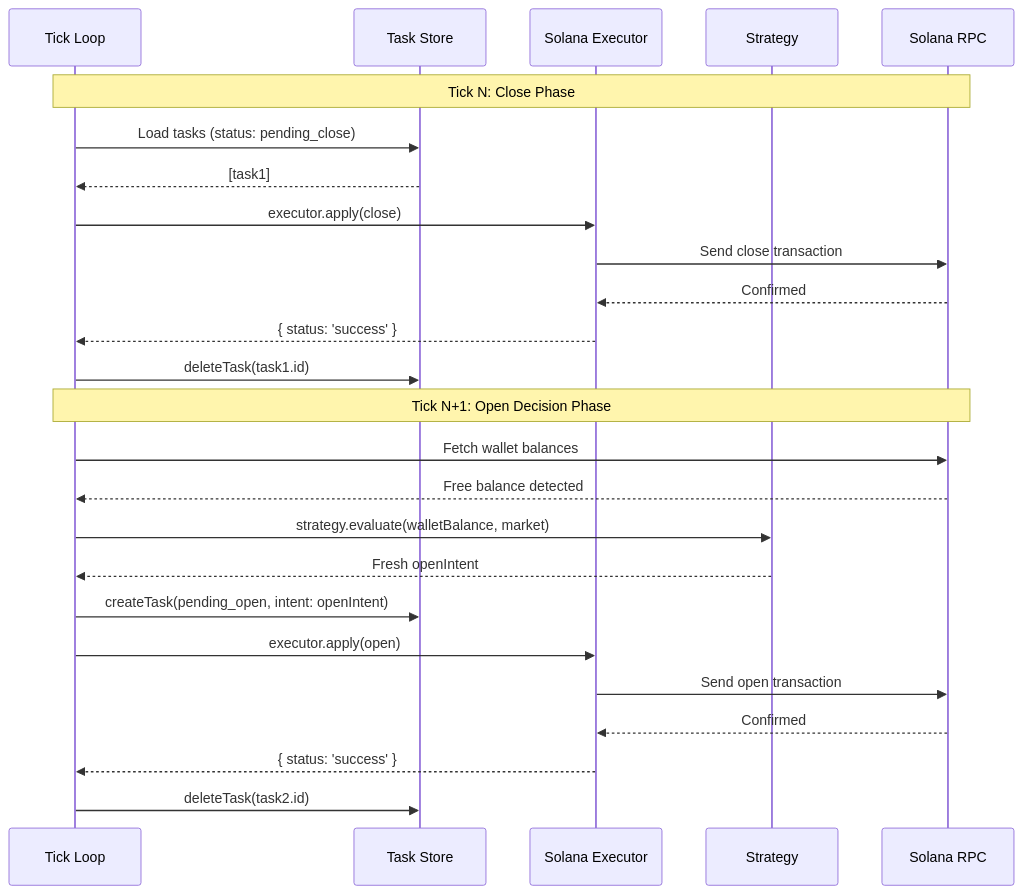
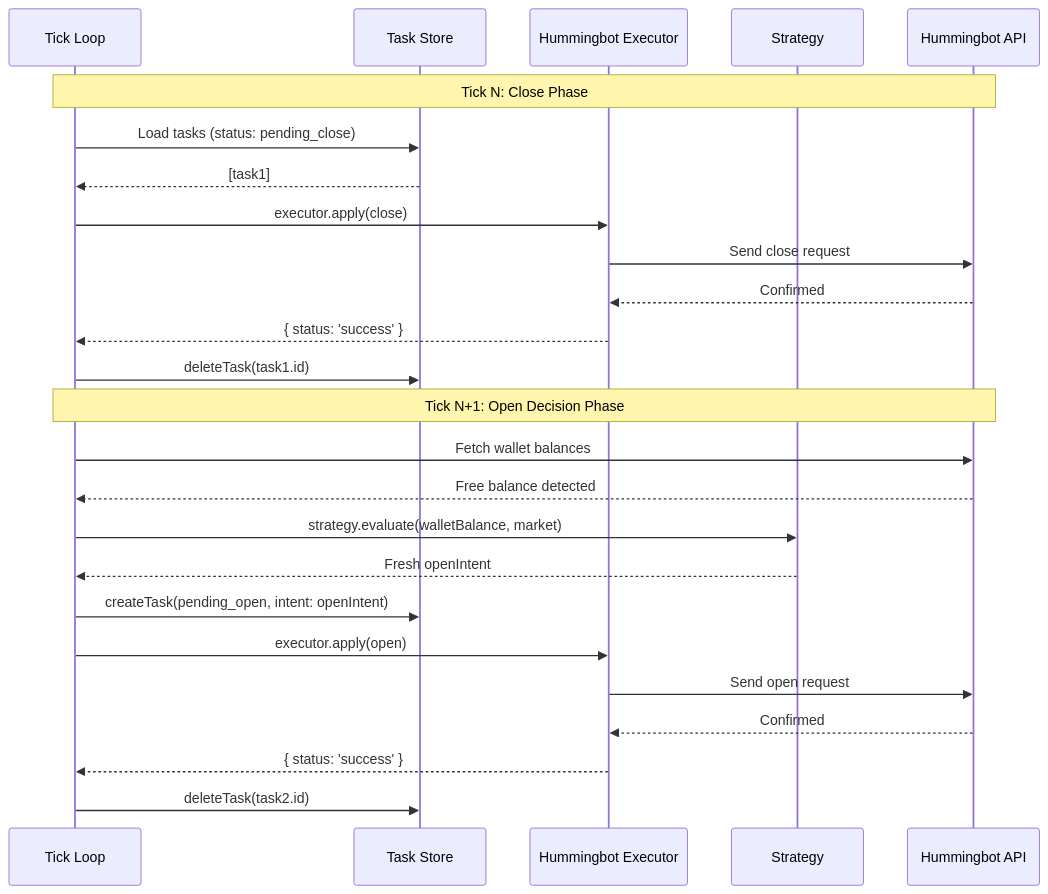
Before and after one commit to romankurnovskii/aria-vega-market-maker: the fourth of 4 diagrams in docs/ARCHITECTURE.md, drawn with Mermaid. The commit also changed other lines of this file and 1 other file, not shown here.

Commit message:
docs: update architecture and start-here documentation

````diff
--- a/docs/ARCHITECTURE.md
+++ b/docs/ARCHITECTURE.md
@@ -216,29 +167,29 @@
 ```mermaid
 sequenceDiagram
     participant TL as Tick Loop
     participant TS as Task Store
-    participant EX as Solana Executor
+    participant EX as Hummingbot Executor
     participant ST as Strategy
-    participant RPC as Solana RPC
+    participant RPC as Hummingbot API
 
     Note over TL, RPC: Tick N: Close Phase
     TL->>TS: Load tasks (status: pending_close)
     TS-->>TL: [task1]
     TL->>EX: executor.apply(close)
-    EX->>RPC: Send close transaction
+    EX->>RPC: Send close request
     RPC-->>EX: Confirmed
     EX-->>TL: { status: 'success' }
     TL->>TS: deleteTask(task1.id)
 
     Note over TL, RPC: Tick N+1: Open Decision Phase
     TL->>RPC: Fetch wallet balances
     RPC-->>TL: Free balance detected
     TL->>ST: strategy.evaluate(walletBalance, market)
     ST-->>TL: Fresh openIntent
     TL->>TS: createTask(pending_open, intent: openIntent)
     TL->>EX: executor.apply(open)
-    EX->>RPC: Send open transaction
+    EX->>RPC: Send open request
     RPC-->>EX: Confirmed
     EX-->>TL: { status: 'success' }
     TL->>TS: deleteTask(task2.id)
 ```
````
